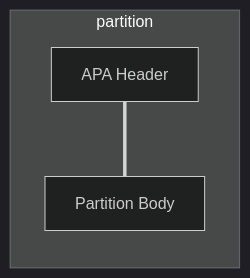
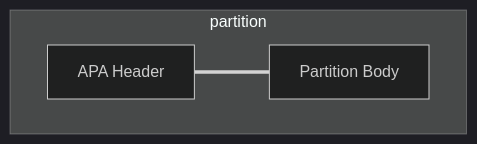
One commit to israpps/FreeMcBoot-Installer changed the third of 3 diagrams in test/Extra information.md. Above: the diagram before and after it, drawn with Mermaid (dark theme). The commit also changed other lines of this file, not shown here.

Commit message:
Update Extra information.md

````diff
--- a/test/Extra information.md
+++ b/test/Extra information.md
@@ -32,9 +32,9 @@
 ```mermaid
 graph TB
     subgraph partition
-    direction TB
-        APAHEAD[APA Header] ===
+        APAHEAD[APA Header]
         PARTBODY[Partition Body]
+        APAHEAD === PARTBODY
     end
 
 ```
````
